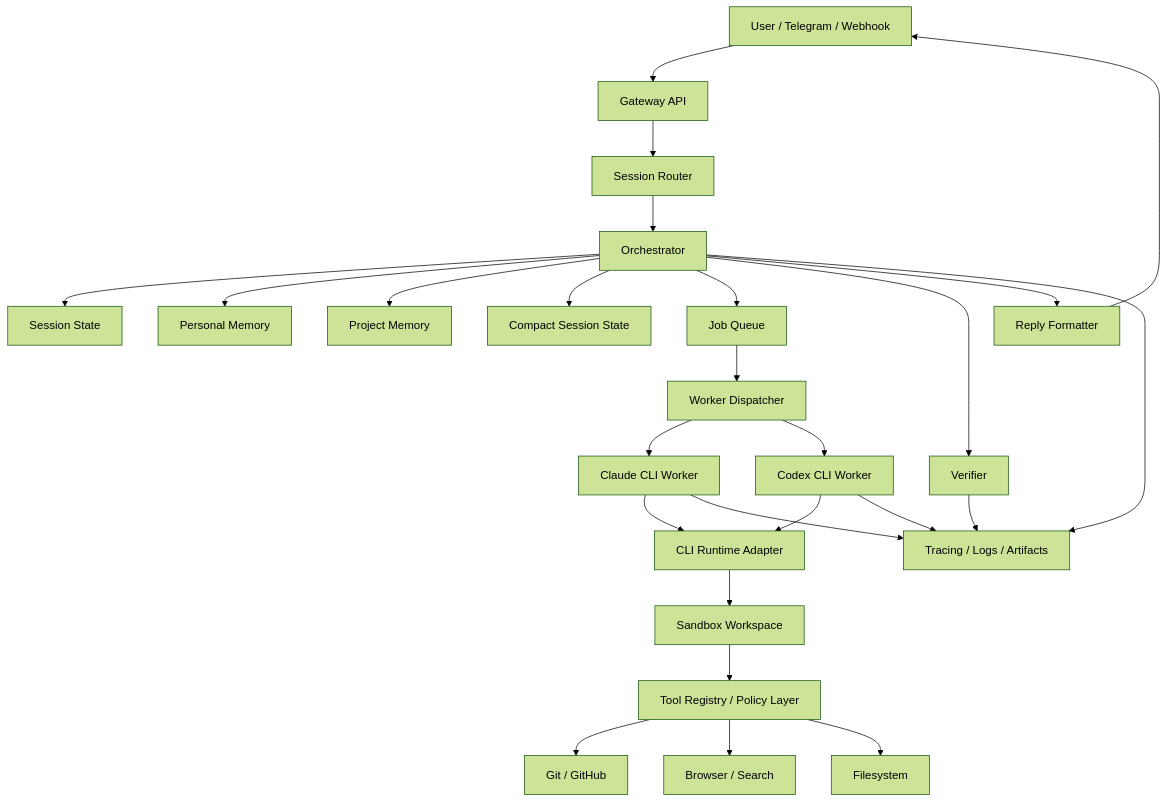
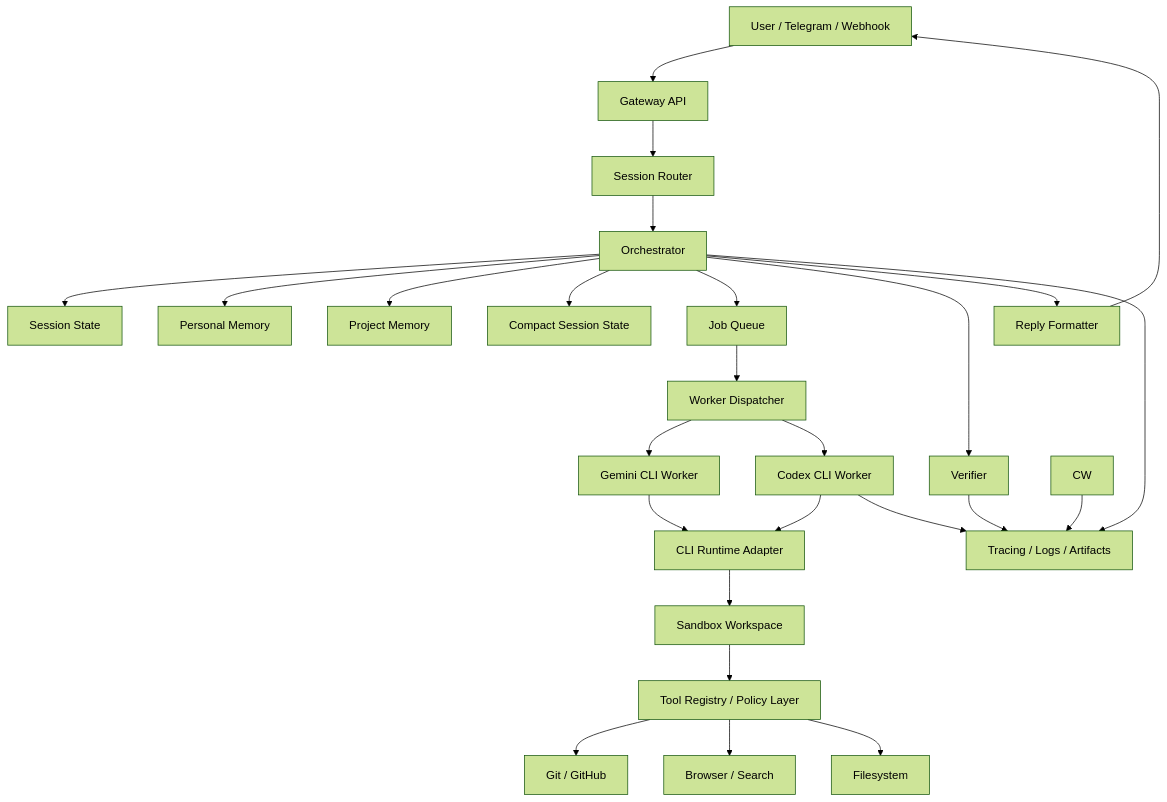
Before and after one commit to natanayalo/code-agent: the diagram in docs/architecture.md, drawn with Mermaid (forest theme). The commit also changed other lines of this file and 21 other files, not shown here.

Commit message:
feat: add GeminiCliWorker and GeminiCliRuntimeAdapter as second worker (T-070)

````diff
--- a/docs/architecture.md
+++ b/docs/architecture.md
@@ -18,34 +18,34 @@
 ```mermaid
 flowchart TD
     U[User / Telegram / Webhook] --> G[Gateway API]
     G --> S[Session Router]
     S --> O[Orchestrator]
 
     O --> M1[Session State]
     O --> M2[Personal Memory]
     O --> M3[Project Memory]
     O --> M4[Compact Session State]
     O --> Q[Job Queue]
 
     Q --> D[Worker Dispatcher]
-    D --> CW[Claude CLI Worker]
+    D --> GW[Gemini CLI Worker]
     D --> OW[Codex CLI Worker]
 
-    CW --> C[CLI Runtime Adapter]
+    GW --> C[CLI Runtime Adapter]
     OW --> C
     C --> X[Sandbox Workspace]
 
     X --> T[Tool Registry / Policy Layer]
     T --> GH[Git / GitHub]
     T --> BR[Browser / Search]
     T --> FS[Filesystem]
 
     O --> V[Verifier]
     O --> R[Reply Formatter]
     R --> U
 
     O --> OBS[Tracing / Logs / Artifacts]
     V --> OBS
     CW --> OBS
     OW --> OBS
 ```
````
